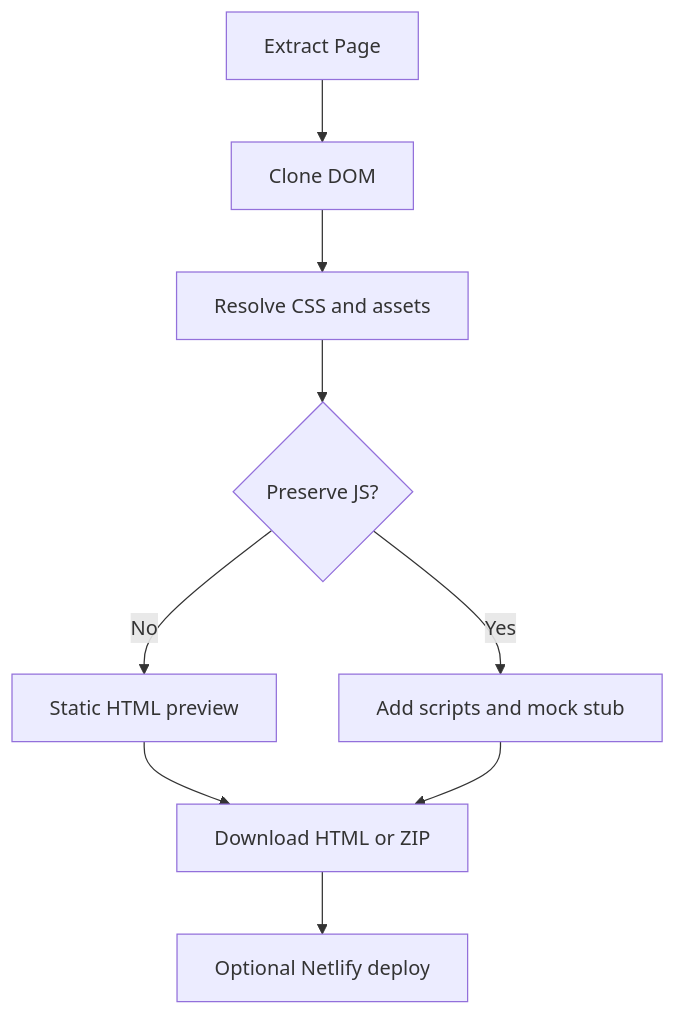
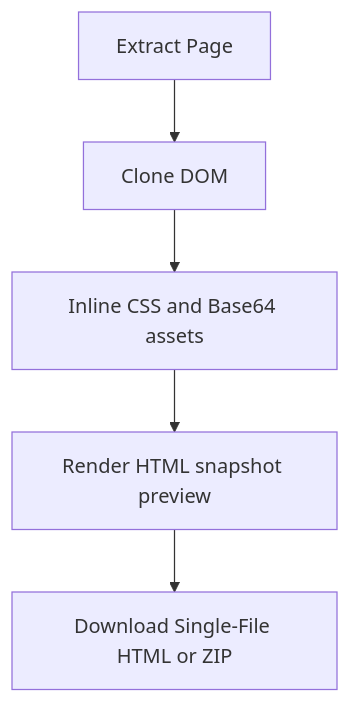
One commit to HiepLeHoaiNghia/pagesnap changed the diagram in docs/features/html-clone-zip-netlify/feature.md. Above: the diagram before and after it, drawn with Mermaid. The commit also changed other lines of this file and 52 other files, not shown here.

````diff
--- a/docs/features/html-clone-zip-netlify/feature.md
+++ b/docs/features/html-clone-zip-netlify/feature.md
@@ -26,11 +26,7 @@
 ```mermaid
 flowchart TD
     A[Extract Page] --> B[Clone DOM]
-    B --> C[Resolve CSS and assets]
-    C --> D{Preserve JS?}
-    D -->|No| E[Static HTML preview]
-    D -->|Yes| F[Add scripts and mock stub]
-    E --> G[Download HTML or ZIP]
-    F --> G
-    G --> H[Optional Netlify deploy]
+    B --> C[Inline CSS and Base64 assets]
+    C --> D[Render HTML snapshot preview]
+    D --> E[Download Single-File HTML or ZIP]
 ```
````
